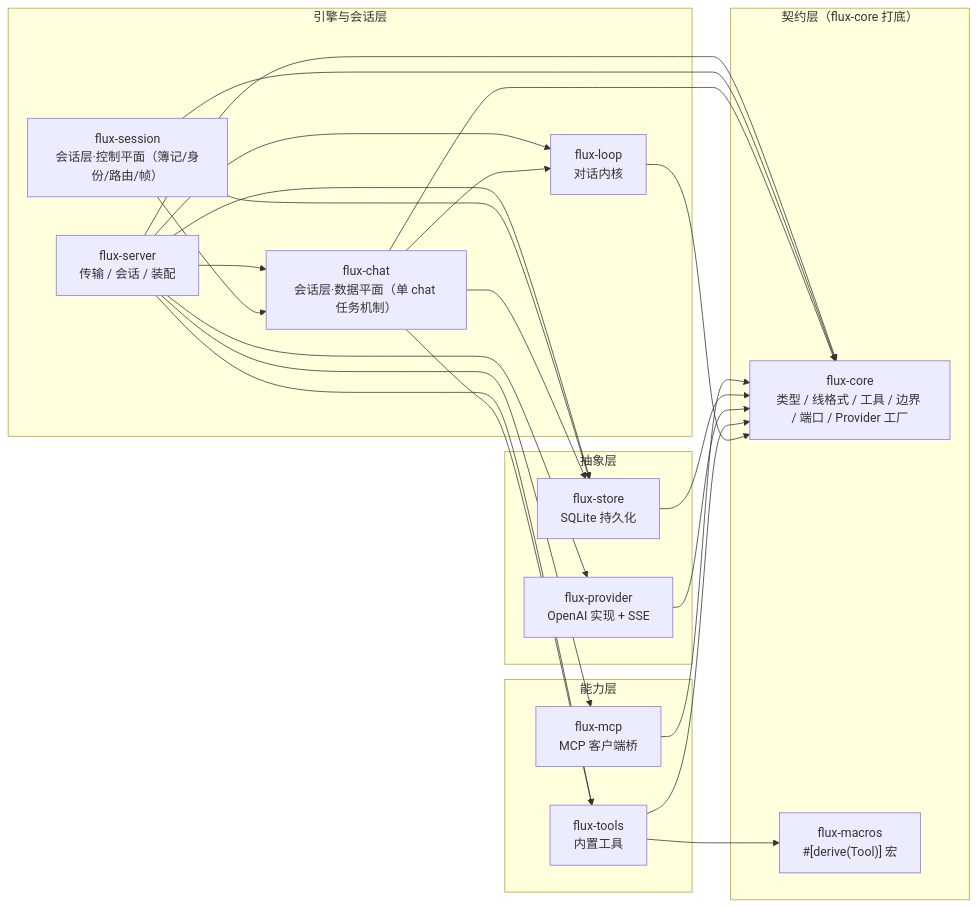
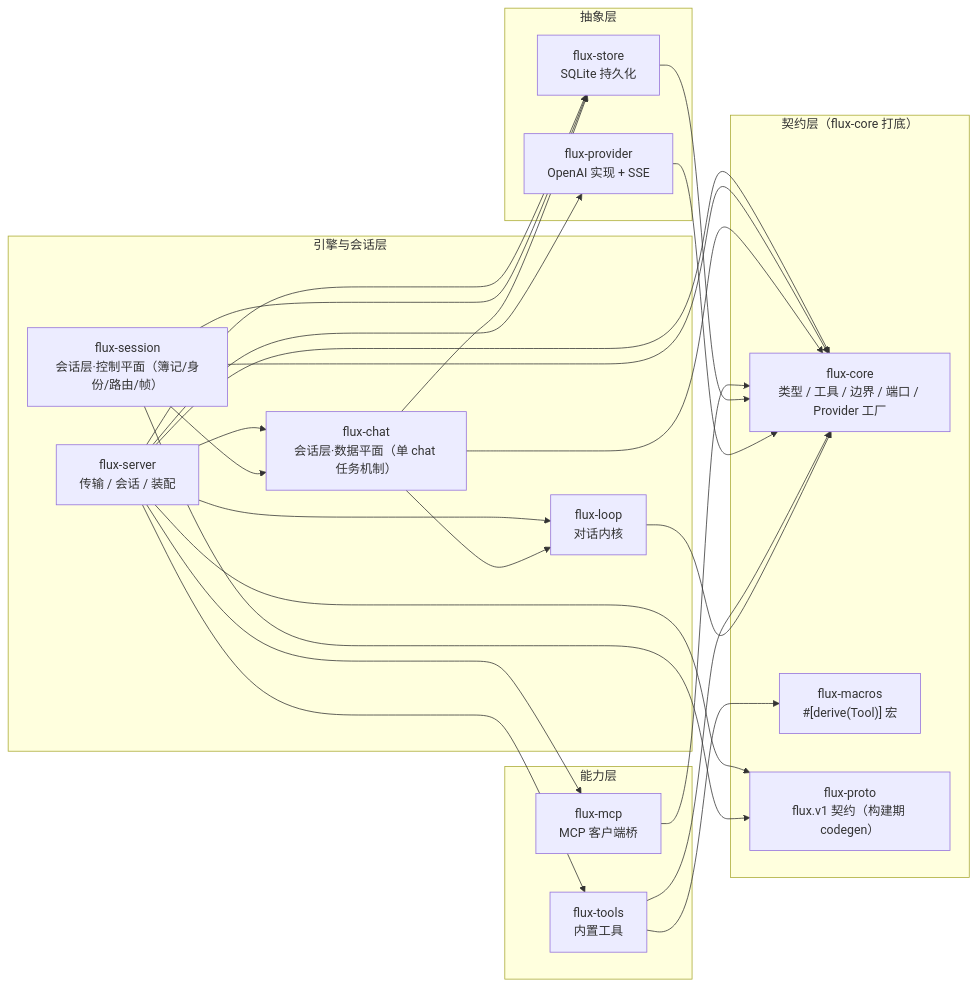
Before and after one commit to km0e/flux: the second of 8 diagrams in docs/architecture.md, drawn with Mermaid. The commit also changed other lines of this file and 167 other files, not shown here.

````diff
--- a/docs/architecture.md
+++ b/docs/architecture.md
@@ -65,41 +65,43 @@
 ```mermaid
 graph LR
  subgraph L0["契约层（flux-core 打底）"]
- CORE["flux-core<br/>类型 / 线格式 / 工具 / 边界 / 端口 / Provider 工厂"]
+ CORE["flux-core<br/>类型 / 工具 / 边界 / 端口 / Provider 工厂"]
  DERIVE["flux-macros<br/>#[derive(Tool)] 宏"]
+ PROTO["flux-proto<br/>flux.v1 契约（构建期 codegen）"]
  end
  subgraph L1["抽象层"]
  PROVIDER["flux-provider<br/>OpenAI 实现 + SSE"]
  STORE["flux-store<br/>SQLite 持久化"]
  end
  subgraph L2["能力层"]
  TOOLS["flux-tools<br/>内置工具"]
  MCP["flux-mcp<br/>MCP 客户端桥"]
  end
  subgraph L3["引擎与会话层"]
  LOOP["flux-loop<br/>对话内核"]
  CHAT["flux-chat<br/>会话层·数据平面（单 chat 任务机制）"]
  SESSION["flux-session<br/>会话层·控制平面（簿记/身份/路由/帧）"]
  SERVER["flux-server<br/>传输 / 会话 / 装配"]
  end
  LOOP --> CORE
  TOOLS --> CORE
  TOOLS --> DERIVE
  PROVIDER --> CORE
  STORE --> CORE
  MCP --> CORE
  CHAT --> CORE
  CHAT --> STORE
  CHAT --> LOOP
- CHAT --> TOOLS
  SESSION --> CORE
+ SESSION --> PROTO
  SESSION --> CHAT
  SESSION --> STORE
  SERVER --> CORE
+ SERVER --> PROTO
  SERVER --> PROVIDER
  SERVER --> TOOLS
  SERVER --> MCP
  SERVER --> STORE
  SERVER --> CHAT
  SERVER --> LOOP
 ```
````
